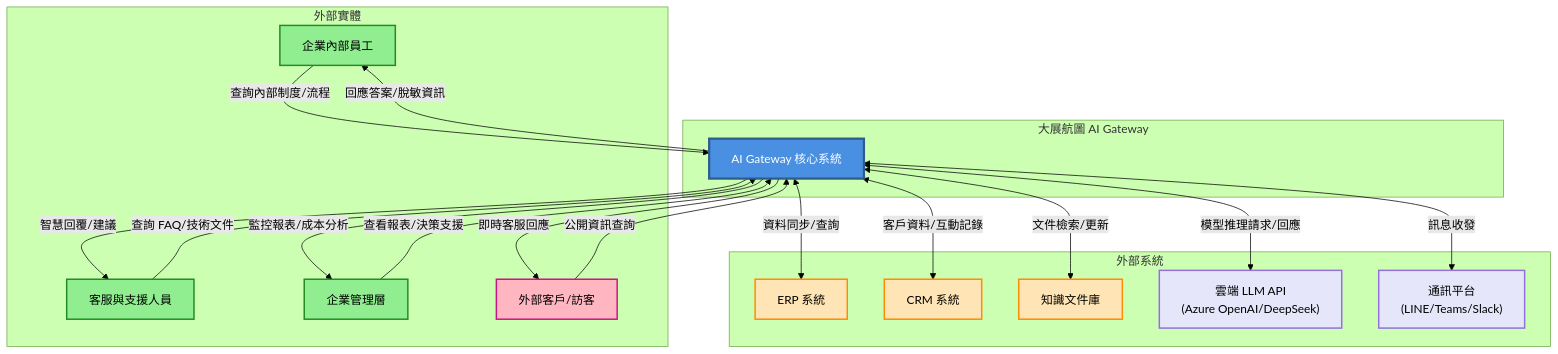
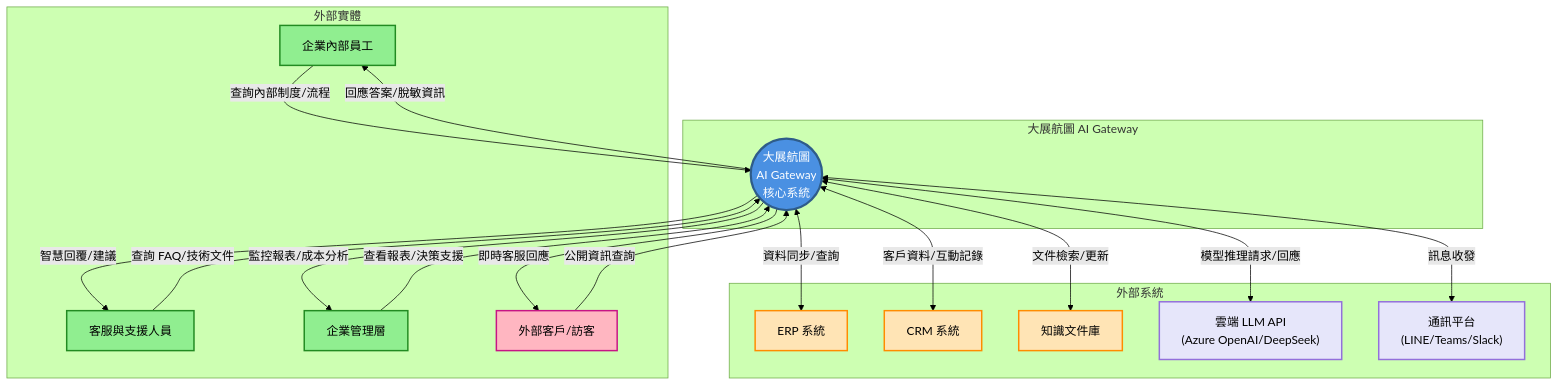
One commit to akisfall/114-1a-system-design changed the first of 2 diagrams in test.md. Above: the diagram before and after it, drawn with Mermaid (forest theme). The commit also changed other lines of this file, not shown here.

````diff
--- a/test.md
+++ b/test.md
@@ -1,48 +1,48 @@
 ```mermaid
 graph TB
     subgraph External["外部實體"]
         Employee["企業內部員工"]
         Support["客服與支援人員"]
         Manager["企業管理層"]
         Customer["外部客戶/訪客"]
     end
     
     subgraph System["大展航圖 AI Gateway"]
-        Core["AI Gateway 核心系統"]
+        Core(("大展航圖<br/>AI Gateway<br/>核心系統"))
     end
     
     subgraph ExternalSystems["外部系統"]
         ERP["ERP 系統"]
         CRM["CRM 系統"]
         KB["知識文件庫"]
         LLM["雲端 LLM API<br/>(Azure OpenAI/DeepSeek)"]
         Chat["通訊平台<br/>(LINE/Teams/Slack)"]
     end
     
     Employee -->|查詢內部制度/流程| Core
     Support -->|查詢 FAQ/技術文件| Core
     Manager -->|查看報表/決策支援| Core
     Customer -->|公開資訊查詢| Core
     
     Core -->|回應答案/脫敏資訊| Employee
     Core -->|智慧回覆/建議| Support
     Core -->|監控報表/成本分析| Manager
     Core -->|即時客服回應| Customer
     
     Core <-->|資料同步/查詢| ERP
     Core <-->|客戶資料/互動記錄| CRM
     Core <-->|文件檢索/更新| KB
     Core <-->|模型推理請求/回應| LLM
     Core <-->|訊息收發| Chat
     
     style Core fill:#4A90E2,stroke:#2E5C8A,stroke-width:3px,color:#fff
     style Employee fill:#90EE90,stroke:#228B22,stroke-width:2px
     style Support fill:#90EE90,stroke:#228B22,stroke-width:2px
     style Manager fill:#90EE90,stroke:#228B22,stroke-width:2px
     style Customer fill:#FFB6C1,stroke:#C71585,stroke-width:2px
     style ERP fill:#FFE4B5,stroke:#FF8C00,stroke-width:2px
     style CRM fill:#FFE4B5,stroke:#FF8C00,stroke-width:2px
     style KB fill:#FFE4B5,stroke:#FF8C00,stroke-width:2px
     style LLM fill:#E6E6FA,stroke:#9370DB,stroke-width:2px
     style Chat fill:#E6E6FA,stroke:#9370DB,stroke-width:2px
 ```
````
